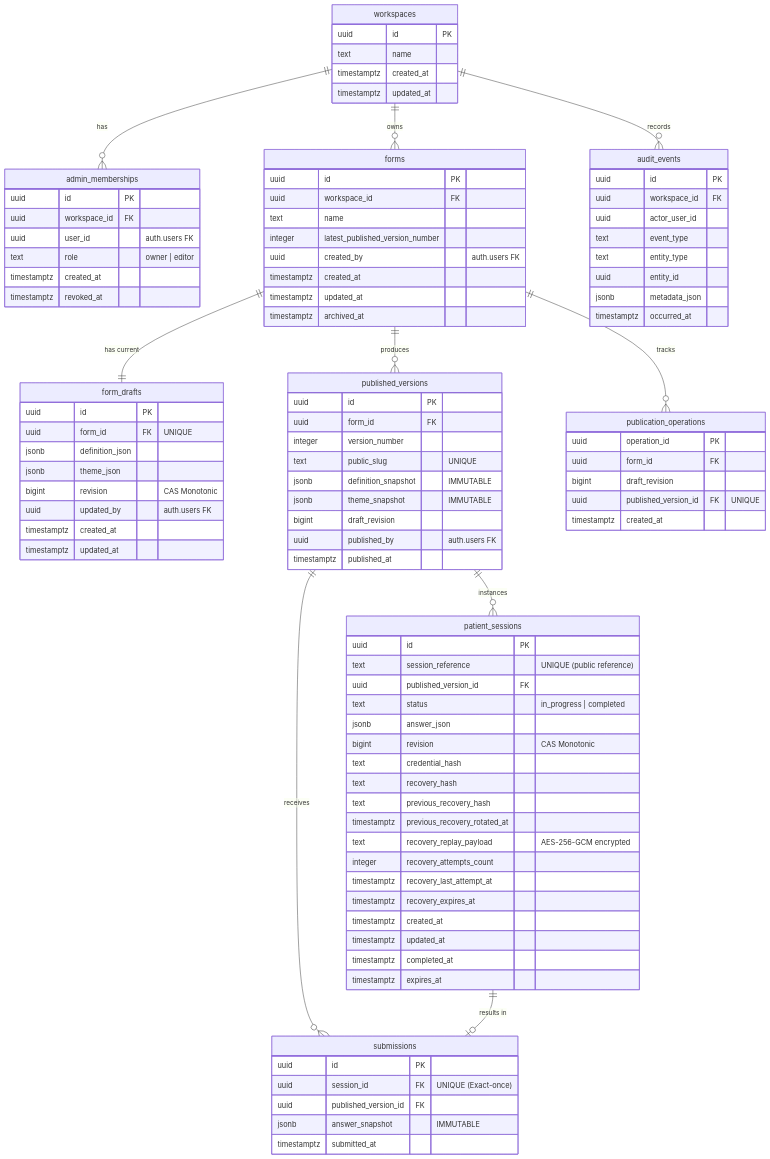
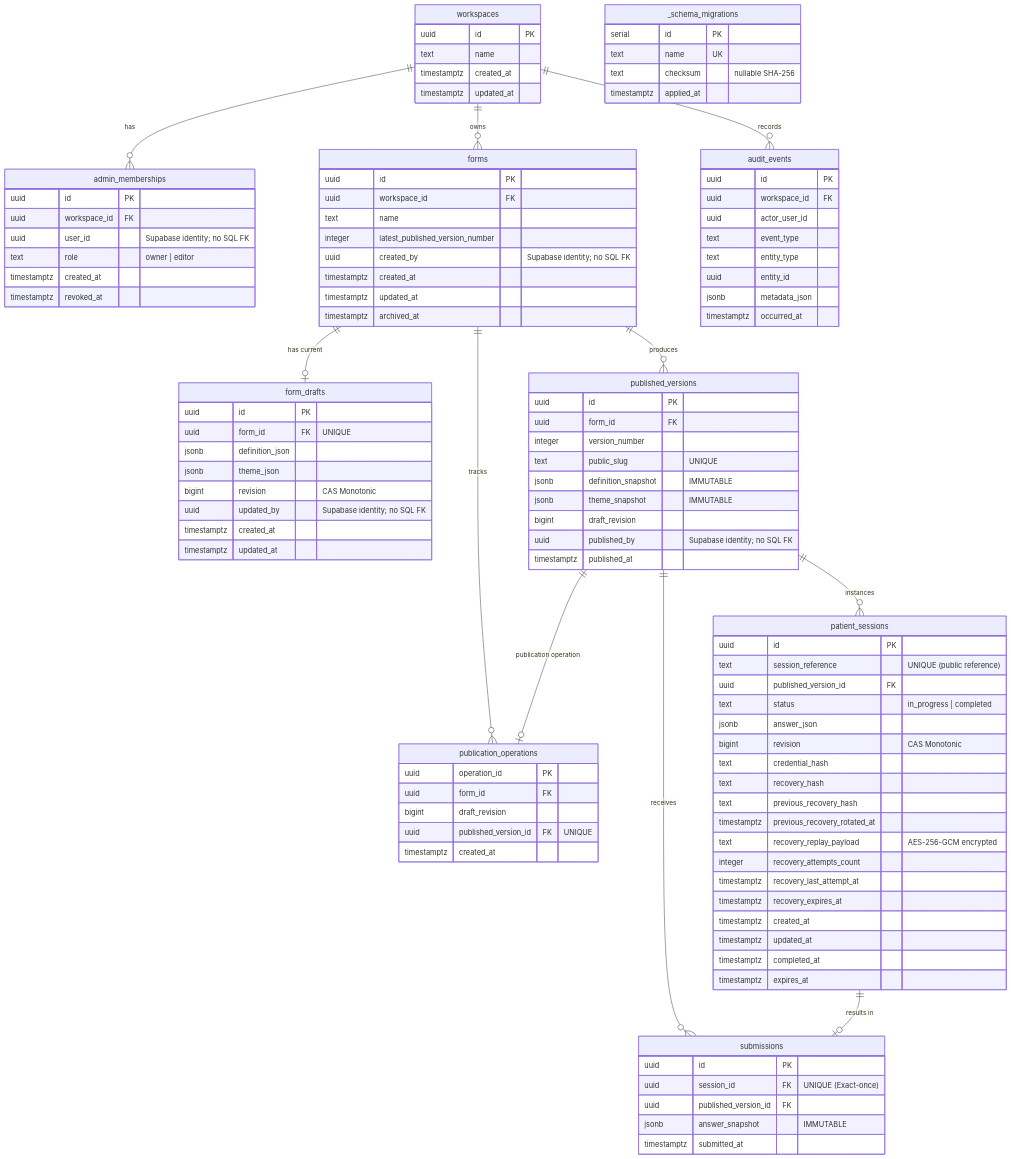
Before and after one commit to Karandumbre/Bask-Health-Questionnaire: the diagram in docs/architecture/ERD.md, drawn with Mermaid. The commit also changed other lines of this file and 16 other files, not shown here.

First line of the commit message:
docs: consolidate architecture and testing guidance

````diff
--- a/docs/architecture/ERD.md
+++ b/docs/architecture/ERD.md
@@ -12,12 +14,14 @@
     workspaces ||--o{ forms : "owns"
     workspaces ||--o{ audit_events : "records"
 
-    forms ||--|| form_drafts : "has current"
+    forms ||--o| form_drafts : "has current"
     forms ||--o{ published_versions : "produces"
     forms ||--o{ publication_operations : "tracks"
 
     published_versions ||--o{ patient_sessions : "instances"
     published_versions ||--o{ submissions : "receives"
+
+    published_versions ||--o| publication_operations : "publication operation"
 
     patient_sessions ||--o| submissions : "results in"
 
@@ -31,7 +35,7 @@
     admin_memberships {
         uuid id PK
         uuid workspace_id FK
-        uuid user_id "auth.users FK"
+        uuid user_id "Supabase identity; no SQL FK"
         text role "owner | editor"
         timestamptz created_at
         timestamptz revoked_at
@@ -42,7 +46,7 @@
         uuid workspace_id FK
         text name
         integer latest_published_version_number
-        uuid created_by "auth.users FK"
+        uuid created_by "Supabase identity; no SQL FK"
         timestamptz created_at
         timestamptz updated_at
         timestamptz archived_at
@@ -54,7 +58,7 @@
         jsonb definition_json
         jsonb theme_json
         bigint revision "CAS Monotonic"
-        uuid updated_by "auth.users FK"
+        uuid updated_by "Supabase identity; no SQL FK"
         timestamptz created_at
         timestamptz updated_at
     }
@@ -67,7 +71,7 @@
         jsonb definition_snapshot "IMMUTABLE"
         jsonb theme_snapshot "IMMUTABLE"
         bigint draft_revision
-        uuid published_by "auth.users FK"
+        uuid published_by "Supabase identity; no SQL FK"
         timestamptz published_at
     }
 
@@ -118,4 +122,10 @@
         jsonb metadata_json
         timestamptz occurred_at
     }
+    _schema_migrations {
+        serial id PK
+        text name UK
+        text checksum "nullable SHA-256"
+        timestamptz applied_at
+    }
 ```
````
